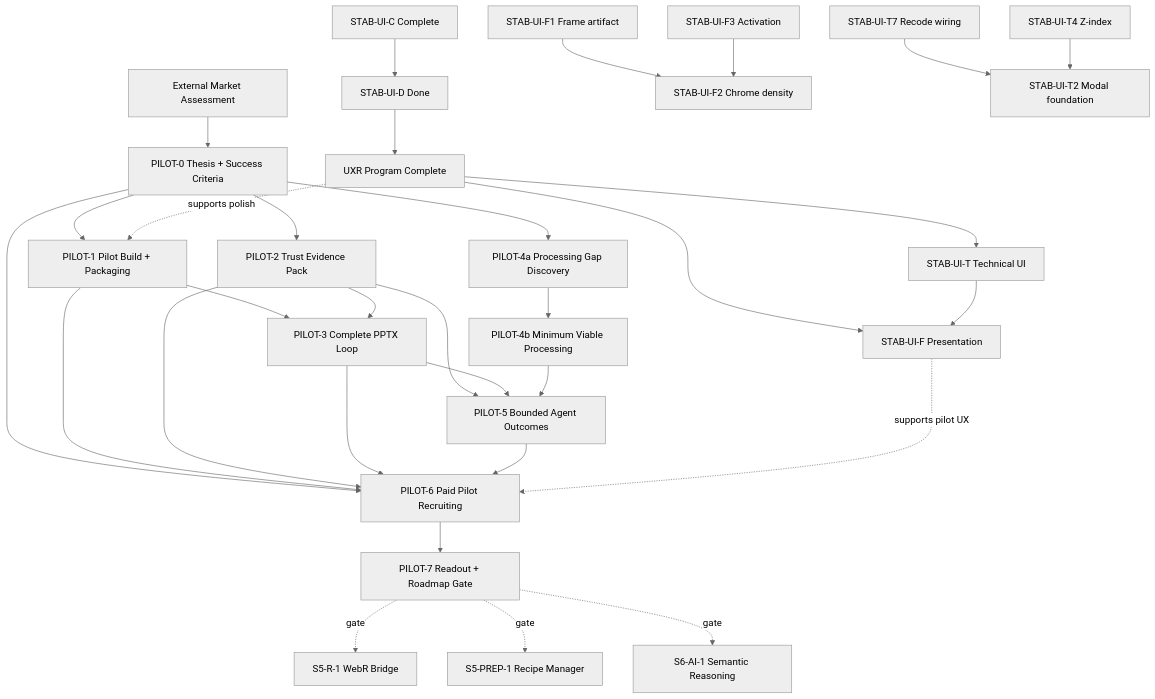
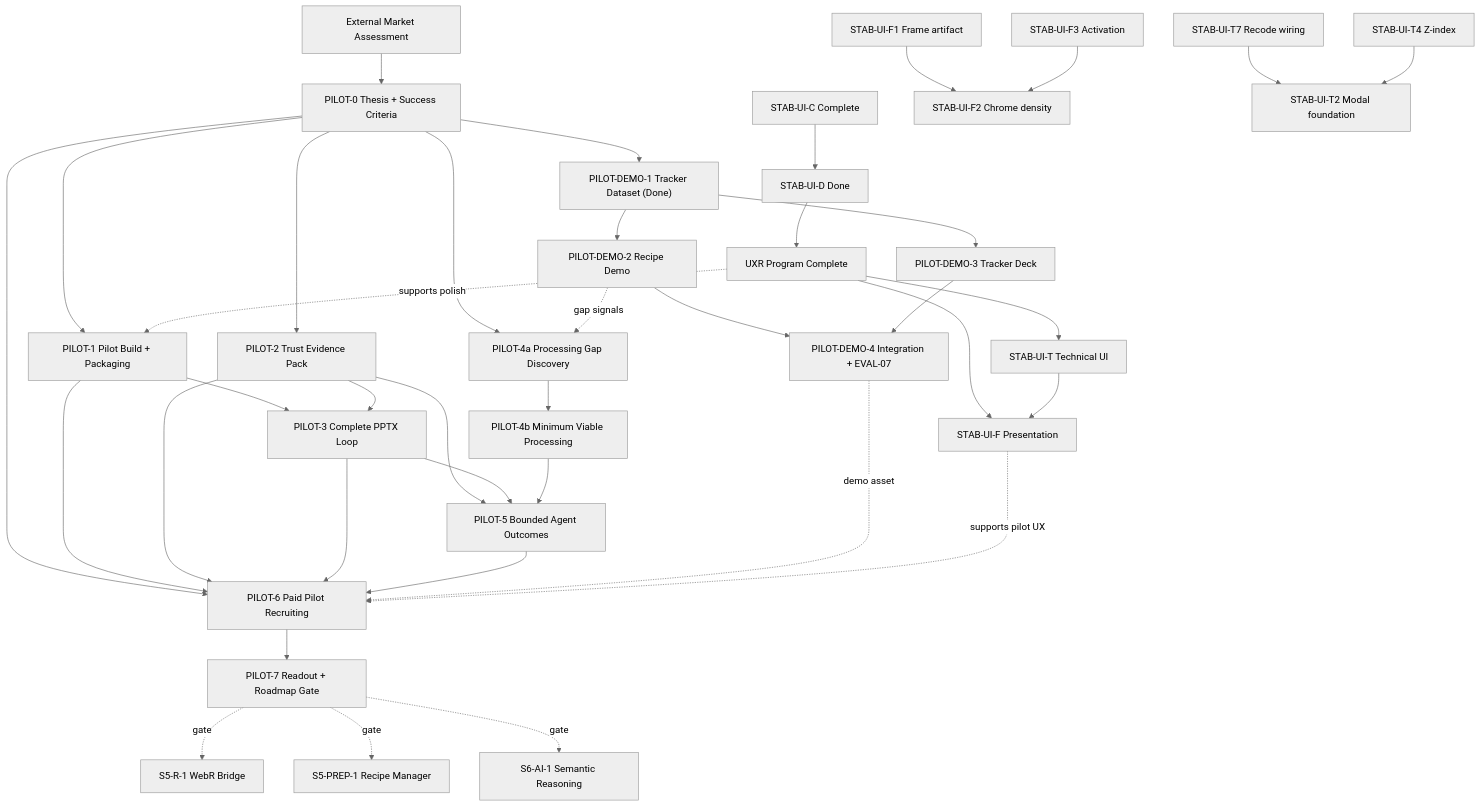
One commit to cbrown564-alt/Velocity changed the diagram in docs/tracker_00_implementation_status.md. Above: the diagram before and after it, drawn with Mermaid (neutral theme). The commit also changed other lines of this file and 13 other files, not shown here.

First line of the commit message:
feat(demo): brand tracker synthetic dataset + ground truth (Phase A, PILOT-DEMO-1)

````diff
--- a/docs/tracker_00_implementation_status.md
+++ b/docs/tracker_00_implementation_status.md
@@ -38,39 +38,47 @@
 ```mermaid
 graph TD
   MARKET["External Market Assessment"] --> P0["PILOT-0 Thesis + Success Criteria"]
   P0 --> P1["PILOT-1 Pilot Build + Packaging"]
   P0 --> P2["PILOT-2 Trust Evidence Pack"]
   P0 --> P4A["PILOT-4a Processing Gap Discovery"]
   P0 --> P6["PILOT-6 Paid Pilot Recruiting"]
 
   P1 --> P3["PILOT-3 Complete PPTX Loop"]
   P2 --> P3
   P4A --> P4B["PILOT-4b Minimum Viable Processing"]
   P2 --> P5["PILOT-5 Bounded Agent Outcomes"]
   P3 --> P5
   P4B --> P5
 
   P1 --> P6
   P2 --> P6
   P3 --> P6
   P5 --> P6
   P6 --> P7["PILOT-7 Readout + Roadmap Gate"]
 
+  P0 --> PD1["PILOT-DEMO-1 Tracker Dataset (Done)"]
+  PD1 --> PD2["PILOT-DEMO-2 Recipe Demo"]
+  PD1 --> PD3["PILOT-DEMO-3 Tracker Deck"]
+  PD2 --> PD4["PILOT-DEMO-4 Integration + EVAL-07"]
+  PD3 --> PD4
+  PD4 -. demo asset .-> P6
+  PD2 -. gap signals .-> P4A
+
   STABUIC["STAB-UI-C Complete"] --> STABUID["STAB-UI-D Done"]
   STABUID --> UXRREM["UXR Program Complete"]
   UXRREM --> STABUIF["STAB-UI-F Presentation"]
   STABUIF -. supports pilot UX .-> P6
   UXRREM -. supports polish .-> P1
 
   STABUIF1["STAB-UI-F1 Frame artifact"] --> STABUIF2["STAB-UI-F2 Chrome density"]
   STABUIF3["STAB-UI-F3 Activation"] --> STABUIF2
 
   UXRREM --> STABUIT["STAB-UI-T Technical UI"]
   STABUIT7["STAB-UI-T7 Recode wiring"] --> STABUIT2["STAB-UI-T2 Modal foundation"]
   STABUIT4["STAB-UI-T4 Z-index"] --> STABUIT2
   STABUIT --> STABUIF
 
   P7 -. gate .-> S5R1["S5-R-1 WebR Bridge"]
   P7 -. gate .-> S5PREP1["S5-PREP-1 Recipe Manager"]
   P7 -. gate .-> S6AI1["S6-AI-1 Semantic Reasoning"]
 ```
````
